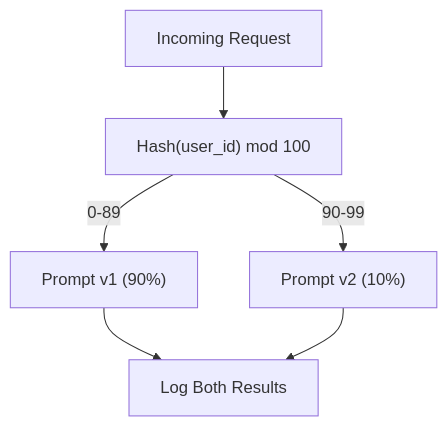
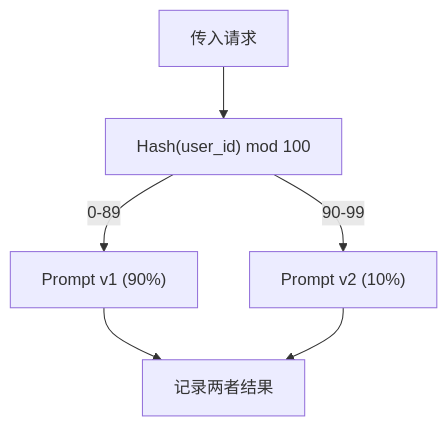
One commit to alessandrodinisio-ai/ai-engineering-learning-framework changed the third of 3 diagrams in phases/11-llm-engineering/13-production-app/docs/zh.md. Above: the diagram before and after it, drawn with Mermaid. The commit also changed other lines of this file and 120 other files, not shown here.

First line of the commit message:
i18n(mermaid): 337 个 mermaid 图表标签中文化

````diff
--- a/phases/11-llm-engineering/13-production-app/docs/zh.md
+++ b/phases/11-llm-engineering/13-production-app/docs/zh.md
@@ -177,14 +177,14 @@
 ```mermaid
 graph TD
-    R["Incoming Request"]
+    R["传入请求"]
     H["Hash(user_id) mod 100"]
     A["Prompt v1 (90%)"]
     B["Prompt v2 (10%)"]
-    L["Log Both Results"]
+    L["记录两者结果"]
     
     R --> H
     H -->|0-89| A
     H -->|90-99| B
     A --> L
     B --> L
 ```
````
